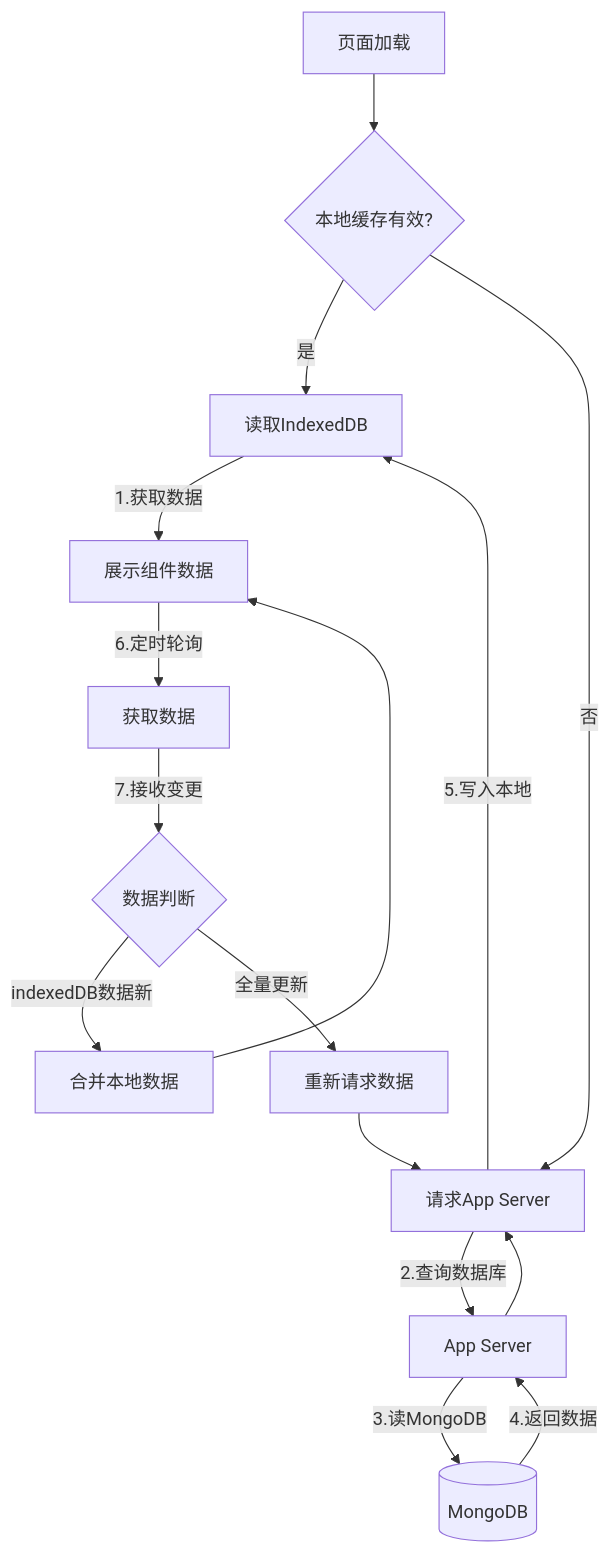
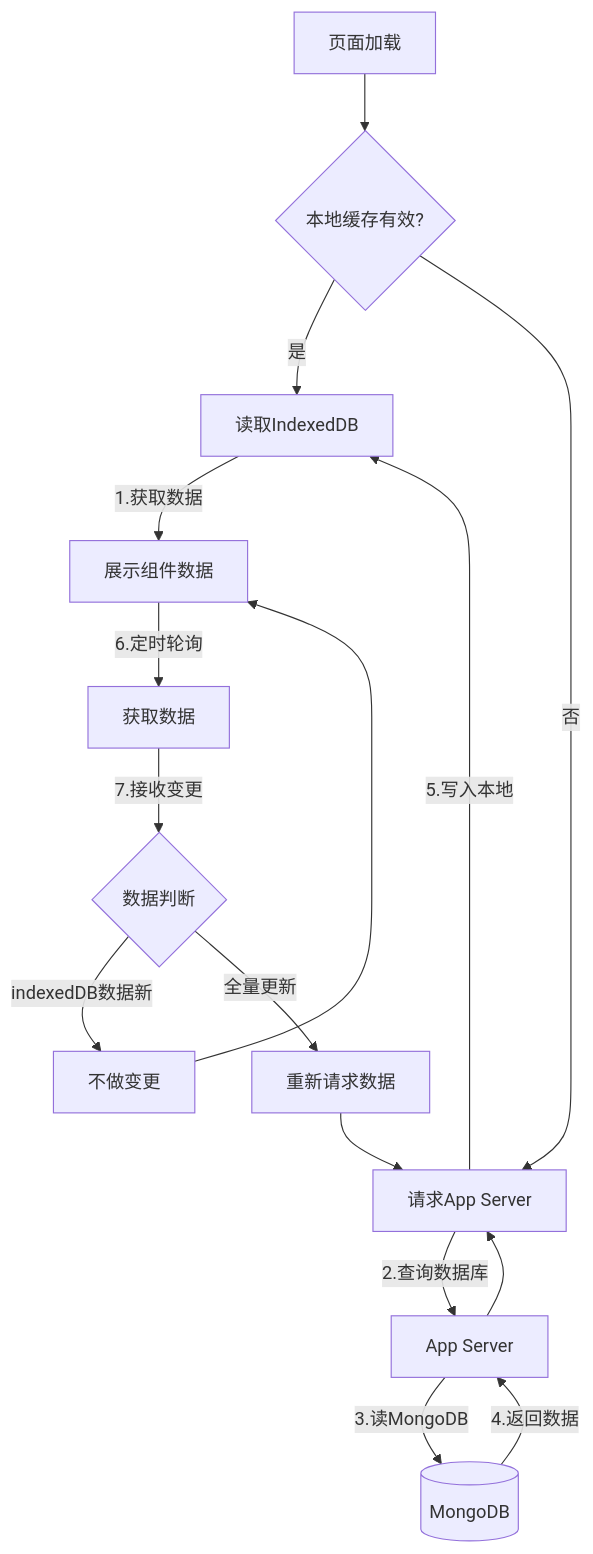
One commit to yingjianzh/iodraw-files changed the diagram in all/未命名-21.md. Above: the diagram before and after it, drawn with Mermaid.

Commit message:
2025-02-18 11:33:26 update

````diff
--- a/all/未命名-21.md
+++ b/all/未命名-21.md
@@ -1,19 +1,19 @@
 ```mermaid
 
 graph TD
     A[页面加载] --> B{本地缓存有效?}
     B -->|是| C[读取IndexedDB]
     B -->|否| D[请求App Server]
     C -->|1.获取数据| E[展示组件数据]
     D -->|2.查询数据库| F[App Server]
     F -->|3.读MongoDB| G[(MongoDB)]
     G -->|4.返回数据| F --> D
     D -->|5.写入本地| C
     E -->|6.定时轮询| H[获取数据]
     H -->|7.接收变更| I{数据判断}
-    I -->|indexedDB数据新| J[合并本地数据]
+    I -->|indexedDB数据新| J[不做变更]
     I -->|全量更新| K[重新请求数据]
     J --> E
     K --> D
 
 ```
````
